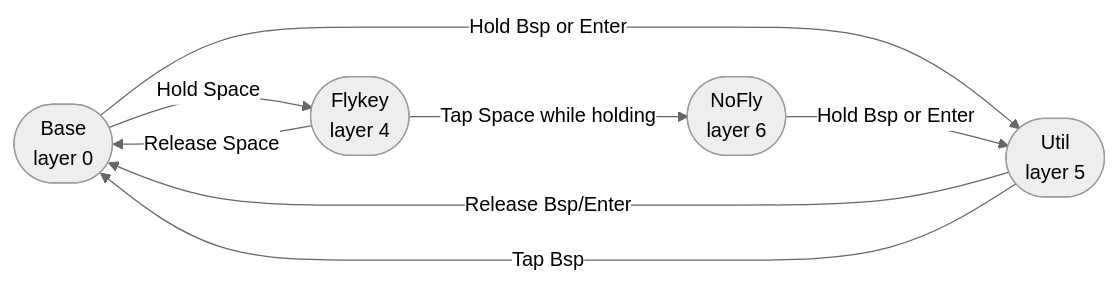
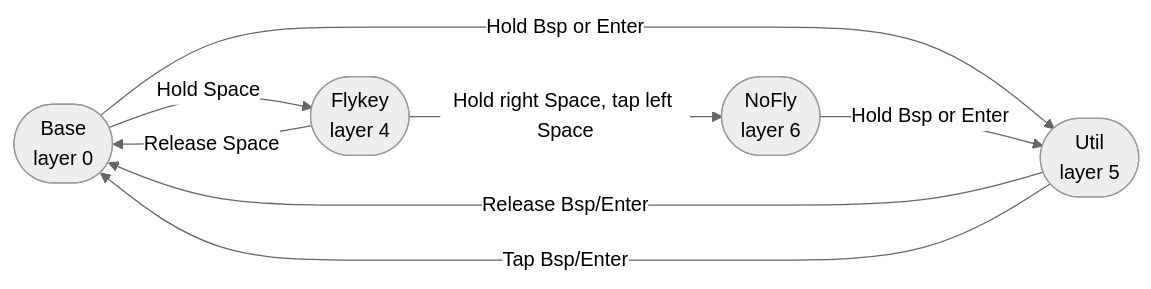
Before and after one commit to chaoy/Adv360-Pro-ZMK: the diagram in CUSTOMIZATIONS.md, drawn with Mermaid (neutral theme). The commit also changed other lines of this file and 3 other files, not shown here.

````diff
--- a/CUSTOMIZATIONS.md
+++ b/CUSTOMIZATIONS.md
@@ -22,17 +22,17 @@
 ```mermaid
 flowchart LR
     B([Base<br/>layer 0])
     F([Flykey<br/>layer 4])
     U([Util<br/>layer 5])
     N([NoFly<br/>layer 6])
 
     B -->|"Hold Space"| F
     F -->|"Release Space"| B
-    F -->|"Tap Space while holding"| N
+    F -->|"Hold right Space, tap left Space"| N
 
     B -->|"Hold Bsp or Enter"| U
     U -->|"Release Bsp/Enter"| B
-    U -->|"Tap Bsp"| B
+    U -->|"Tap Bsp/Enter"| B
 
     N -->|"Hold Bsp or Enter"| U
 ```
````
